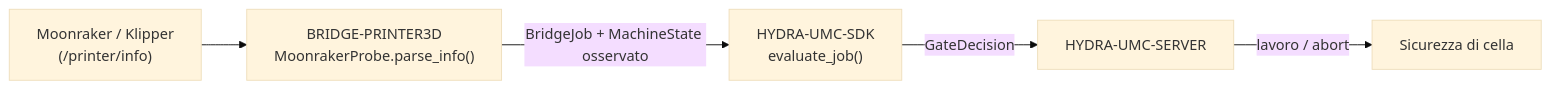
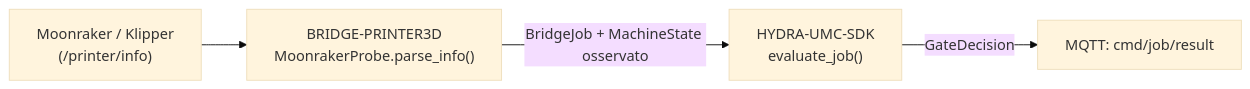
The diagram in README_ita.md (JuanenRac/HYDRA-UMC-BRIDGE-PRINTER3D), drawn with Mermaid (base theme) before and after one commit. The commit also changed other lines of this file and 21 other files, not shown here.

````diff
--- a/README_ita.md
+++ b/README_ita.md
@@ -50,7 +51,6 @@
 ```mermaid
 flowchart LR
     PRINTER["Moonraker / Klipper<br/>(/printer/info)"] --> BRIDGE["BRIDGE-PRINTER3D<br/>MoonrakerProbe.parse_info()"]
     BRIDGE -- "BridgeJob + MachineState osservato" --> SDK["HYDRA-UMC-SDK<br/>evaluate_job()"]
-    SDK -- GateDecision --> SERVER["HYDRA-UMC-SERVER"]
-    SERVER -- "lavoro / abort" --> CELL["Sicurezza di cella"]
+    SDK -- GateDecision --> RESULT["MQTT: cmd/job/result"]
 ```
````
